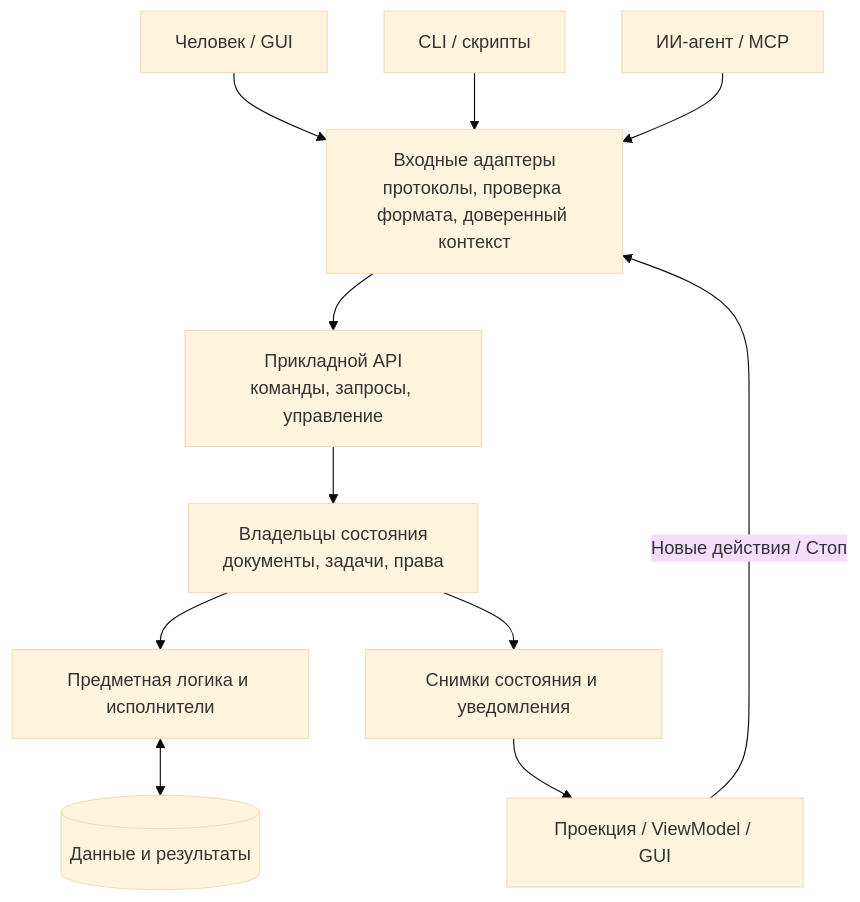
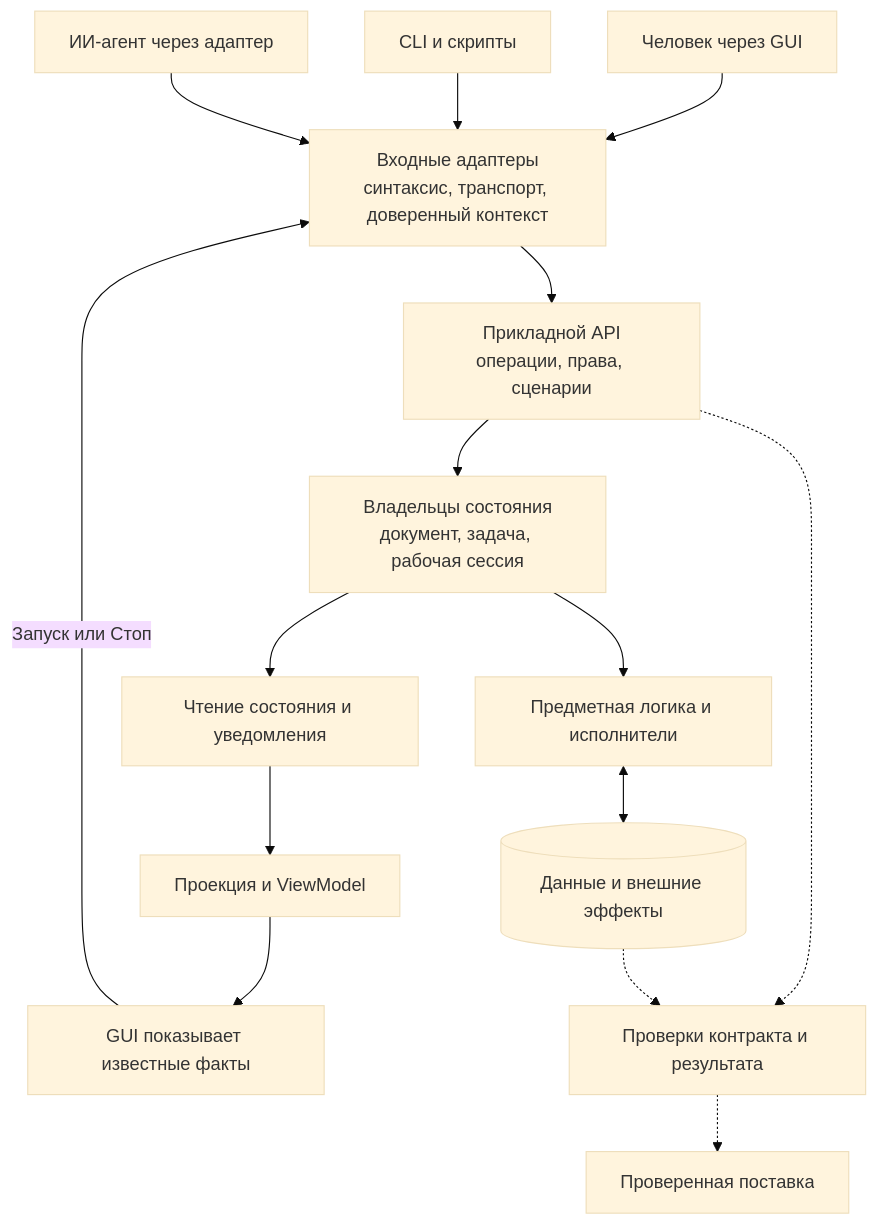
Before and after one commit to VladimirMonin/Project-Foundation-Kit: the second of 5 diagrams in pack/references/architecture/command-first/00_README.md, drawn with Mermaid (base theme). The commit also changed other lines of this file and 44 other files, not shown here.

````diff
--- a/pack/references/architecture/command-first/00_README.md
+++ b/pack/references/architecture/command-first/00_README.md
@@ -143,25 +218,29 @@
 ```mermaid
 flowchart TB
-    HUMAN["Человек / GUI"]
-    SCRIPT["CLI / скрипты"]
-    AI["ИИ-агент / MCP"]
+    HUMAN["Человек через GUI"]
+    SCRIPT["CLI и скрипты"]
+    AGENT["ИИ-агент через адаптер"]
 
-    ADAPTERS["Входные адаптеры<br/>протоколы, проверка формата, доверенный контекст"]
-    APP["Прикладной API<br/>команды, запросы, управление"]
-    OWNER["Владельцы состояния<br/>документы, задачи, права"]
-    SERVICES["Предметная логика и исполнители"]
-    DATA[("Данные и результаты")]
-    OBS["Снимки состояния и уведомления"]
-    GUI["Проекция / ViewModel / GUI"]
+    ENTRY["Входные адаптеры<br/>синтаксис, транспорт, доверенный контекст"]
+    APP["Прикладной API<br/>операции, права, сценарии"]
+    OWNER["Владельцы состояния<br/>документ, задача, рабочая сессия"]
+    EXEC["Предметная логика и исполнители"]
+    EFFECT[("Данные и внешние эффекты")]
 
-    HUMAN --> ADAPTERS
-    SCRIPT --> ADAPTERS
-    AI --> ADAPTERS
-    ADAPTERS --> APP
-    APP --> OWNER
-    OWNER --> SERVICES
-    SERVICES <--> DATA
-    OWNER --> OBS
-    OBS --> GUI
-    GUI -->|"Новые действия / Стоп"| ADAPTERS
+    OBS["Чтение состояния и уведомления"]
+    VM["Проекция и ViewModel"]
+    VIEW["GUI показывает известные факты"]
+    VERIFY["Проверки контракта и результата"]
+    DELIVERY["Проверенная поставка"]
+
+    HUMAN --> ENTRY
+    SCRIPT --> ENTRY
+    AGENT --> ENTRY
+    ENTRY --> APP --> OWNER --> EXEC
+    EXEC <--> EFFECT
+    OWNER --> OBS --> VM --> VIEW
+    VIEW -->|"Запуск или Стоп"| ENTRY
+    APP -.-> VERIFY
+    EFFECT -.-> VERIFY
+    VERIFY -.-> DELIVERY
 ```
````
